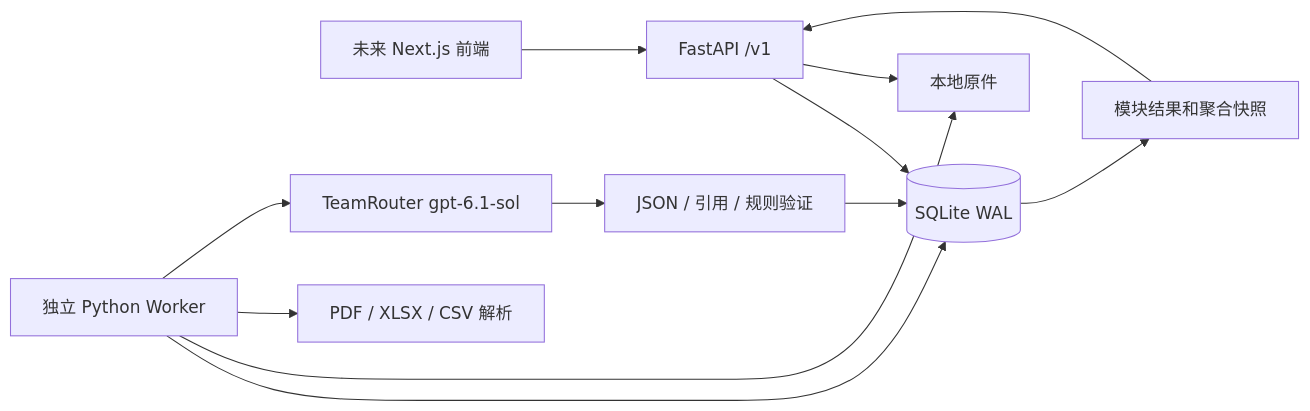
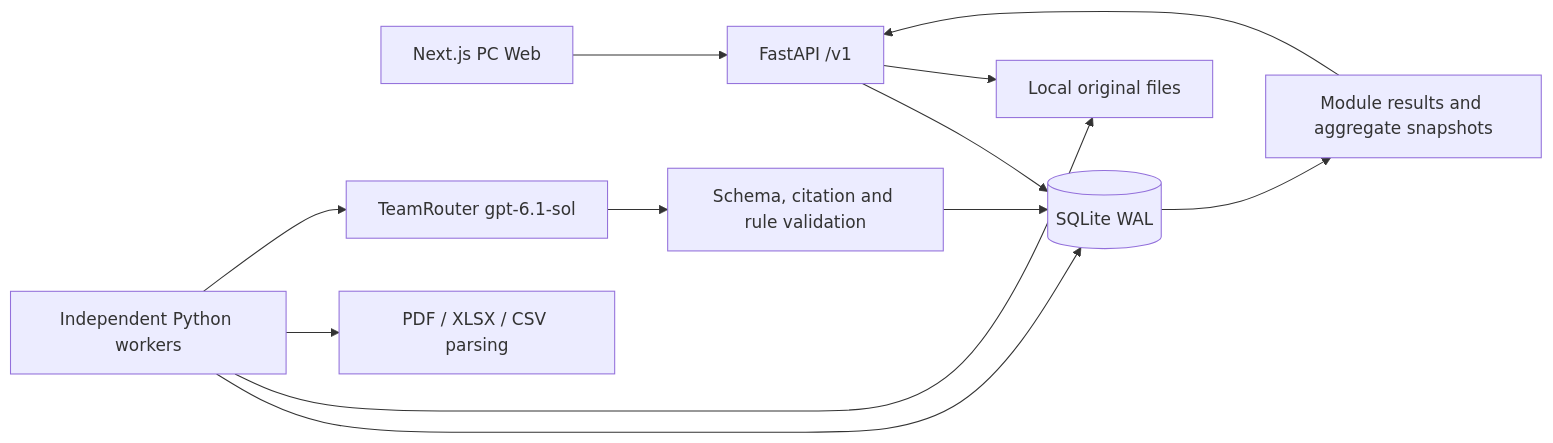
The diagram in docs/backend-implementation.md (linyiji/Apex5Vibe), drawn with Mermaid before and after one commit. The commit also changed other lines of this file and 114 other files, not shown here.

````diff
--- a/docs/backend-implementation.md
+++ b/docs/backend-implementation.md
@@ -7,14 +7,14 @@
 ```mermaid
 flowchart LR
-  FE[未来 Next.js 前端] --> API[FastAPI /v1]
+  Web[Next.js PC Web] --> API[FastAPI /v1]
   API --> DB[(SQLite WAL)]
-  API --> Files[本地原件]
-  Worker[独立 Python Worker] --> DB
+  API --> Files[Local original files]
+  Worker[Independent Python workers] --> DB
   Worker --> Files
-  Worker --> Parser[PDF / XLSX / CSV 解析]
+  Worker --> Parser[PDF / XLSX / CSV parsing]
   Worker --> AI[TeamRouter gpt-6.1-sol]
-  AI --> Validate[JSON / 引用 / 规则验证]
-  Validate --> DB
-  DB --> Result[模块结果和聚合快照]
-  Result --> API
+  AI --> Validation[Schema, citation and rule validation]
+  Validation --> DB
+  DB --> Results[Module results and aggregate snapshots]
+  Results --> API
 ```
````
